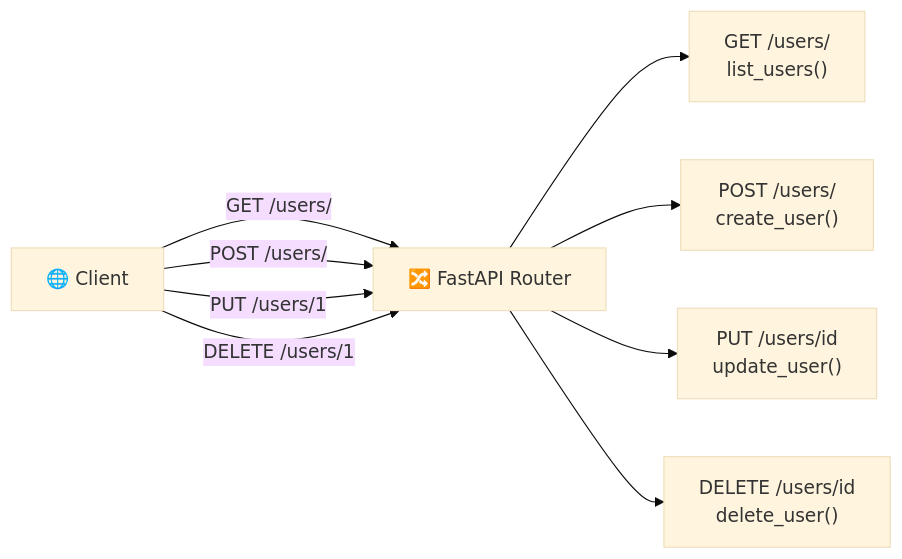
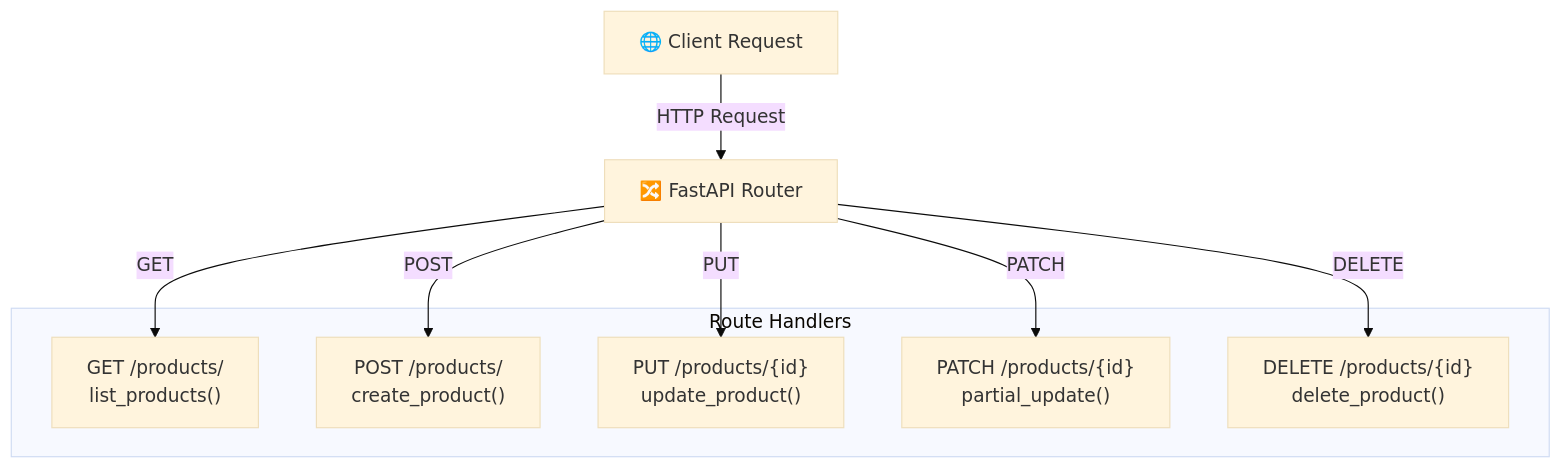
Before and after one commit to ashraf1600/My-Portfolio: the diagram in docs/fastapi/routing.md, drawn with Mermaid (base theme). The commit also changed 13 other files, not shown here.

````diff
--- a/docs/fastapi/routing.md
+++ b/docs/fastapi/routing.md
@@ -43,18 +43,20 @@
 ```mermaid
-graph LR
-    Client["🌐 Client"]
+graph TD
+    Client["🌐 Client Request"]
     Router["🔀 FastAPI Router"]
-    G["GET /users/\nlist_users()"]
-    P["POST /users/\ncreate_user()"]
-    PU["PUT /users/id\nupdate_user()"]
-    D["DELETE /users/id\ndelete_user()"]
 
-    Client -->|"GET /users/"| Router
-    Client -->|"POST /users/"| Router
-    Client -->|"PUT /users/1"| Router
-    Client -->|"DELETE /users/1"| Router
-    Router --> G
-    Router --> P
-    Router --> PU
-    Router --> D
+    subgraph Handlers["Route Handlers"]
+        G["GET /products/<br/>list_products()"]
+        P["POST /products/<br/>create_product()"]
+        PU["PUT /products/{id}<br/>update_product()"]
+        PA["PATCH /products/{id}<br/>partial_update()"]
+        D["DELETE /products/{id}<br/>delete_product()"]
+    end
+
+    Client -->|HTTP Request| Router
+    Router -->|GET| G
+    Router -->|POST| P
+    Router -->|PUT| PU
+    Router -->|PATCH| PA
+    Router -->|DELETE| D
 ```
````
